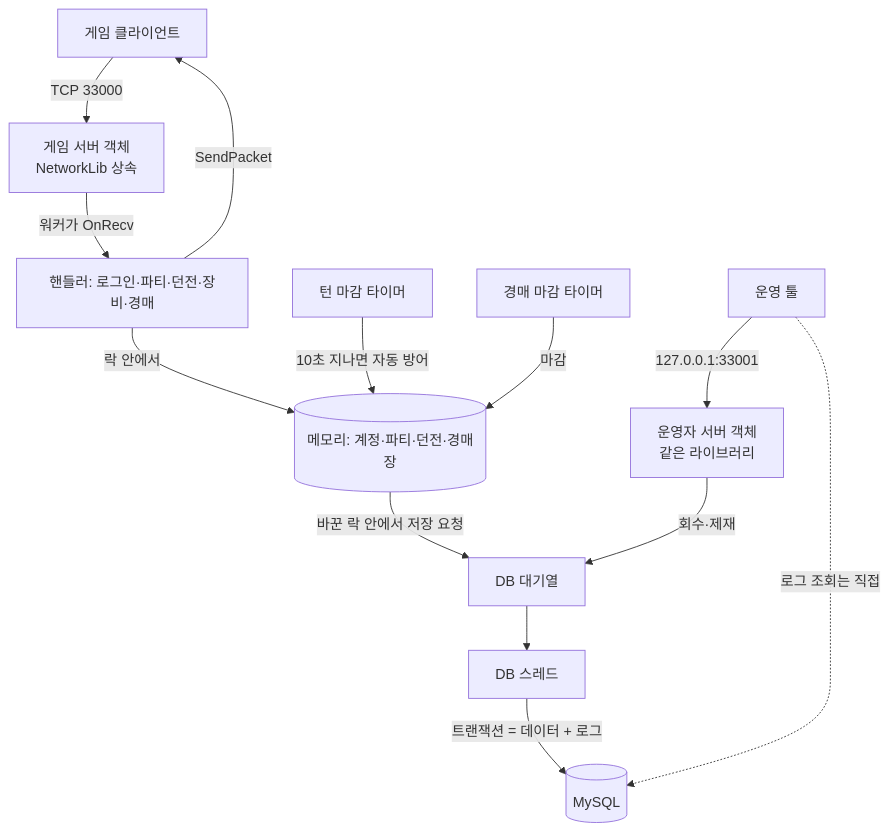
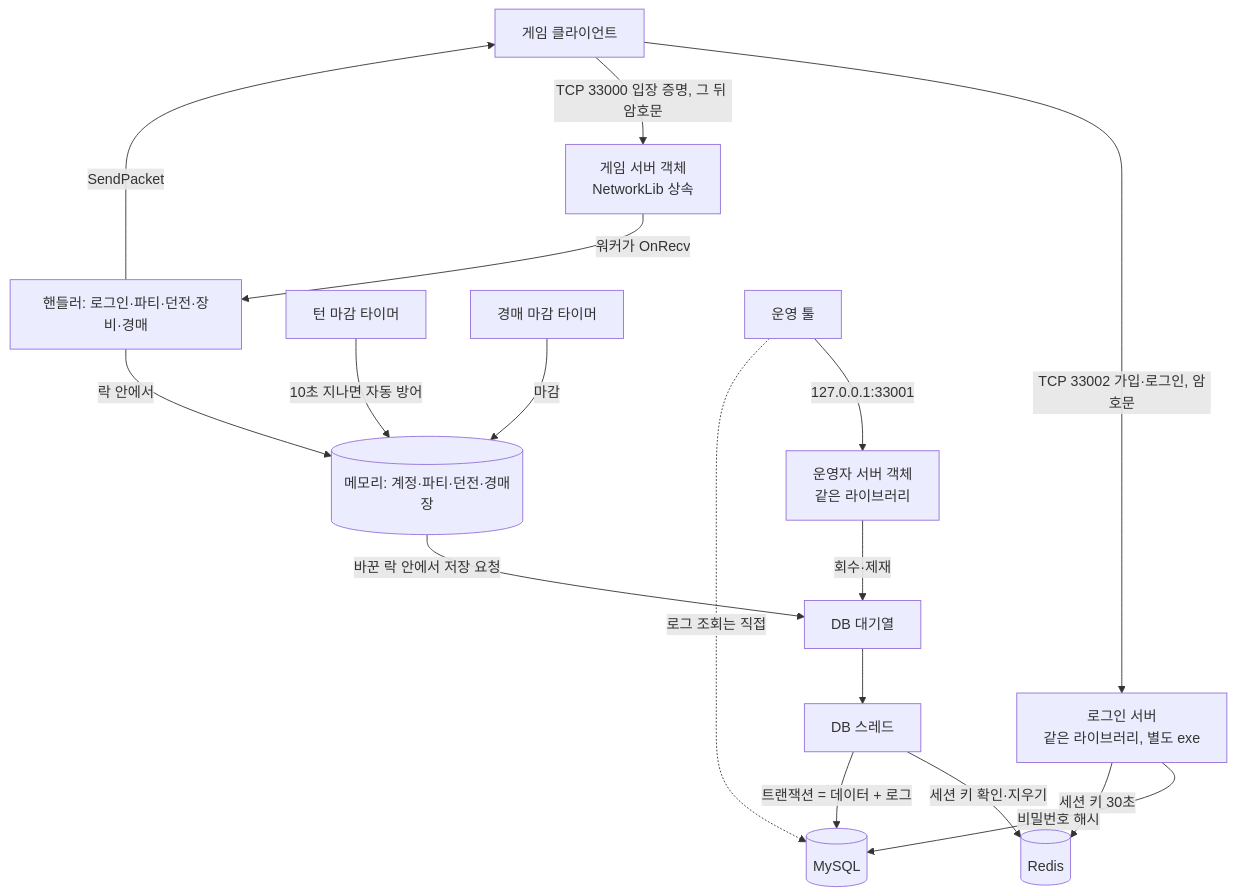
One commit to arkchimy/_Arkchimy changed the diagram in portfolio/game_architecture.md. Above: the diagram before and after it, drawn with Mermaid. The commit also changed other lines of this file and 5 other files, not shown here.

````diff
--- a/portfolio/game_architecture.md
+++ b/portfolio/game_architecture.md
@@ -11,14 +11,18 @@
 ```mermaid
 flowchart TB
-    C[게임 클라이언트] -->|TCP 33000| G[게임 서버 객체<br>NetworkLib 상속]
+    C[게임 클라이언트] -->|TCP 33002 가입·로그인, 암호문| L[로그인 서버<br>같은 라이브러리, 별도 exe]
+    L -->|비밀번호 해시| M
+    L -->|세션 키 30초| R[(Redis)]
+    C -->|TCP 33000 입장 증명, 그 뒤 암호문| G[게임 서버 객체<br>NetworkLib 상속]
+    B -->|세션 키 확인·지우기| R
     G -->|워커가 OnRecv| H[핸들러: 로그인·파티·던전·장비·경매]
     H -->|락 안에서| D[(메모리: 계정·파티·던전·경매장)]
     H -->|SendPacket| C
     T1[턴 마감 타이머] -->|10초 지나면 자동 방어| D
     T2[경매 마감 타이머] -->|마감| D
     D -->|바꾼 락 안에서 저장 요청| Q[DB 대기열]
     Q --> B[DB 스레드] -->|트랜잭션 = 데이터 + 로그| M[(MySQL)]
     A[운영 툴] -->|127.0.0.1:33001| AS[운영자 서버 객체<br>같은 라이브러리]
     AS -->|회수·제재| Q
     A -.->|로그 조회는 직접| M
 ```
````
